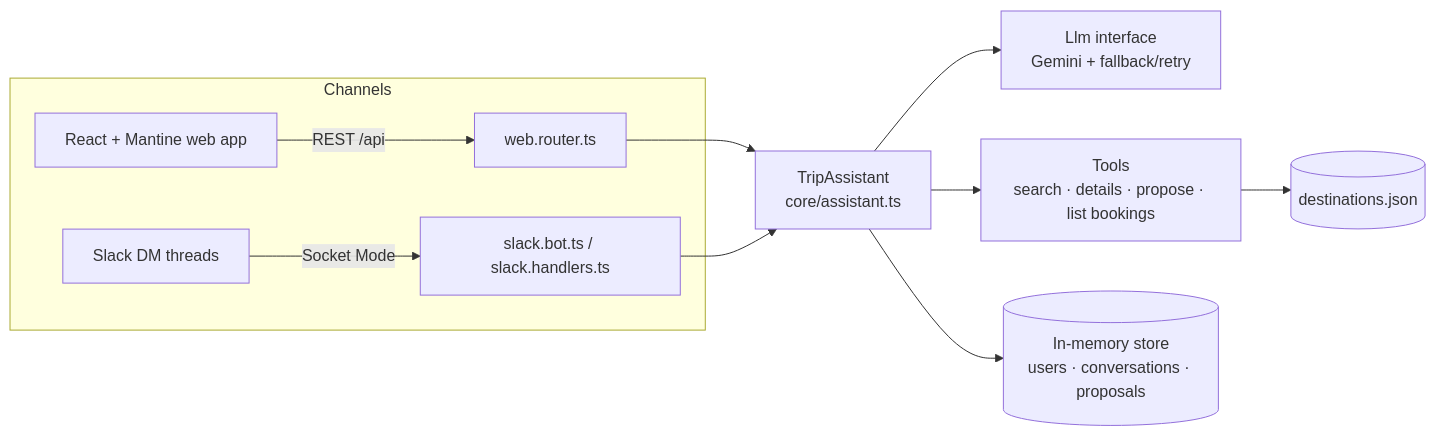
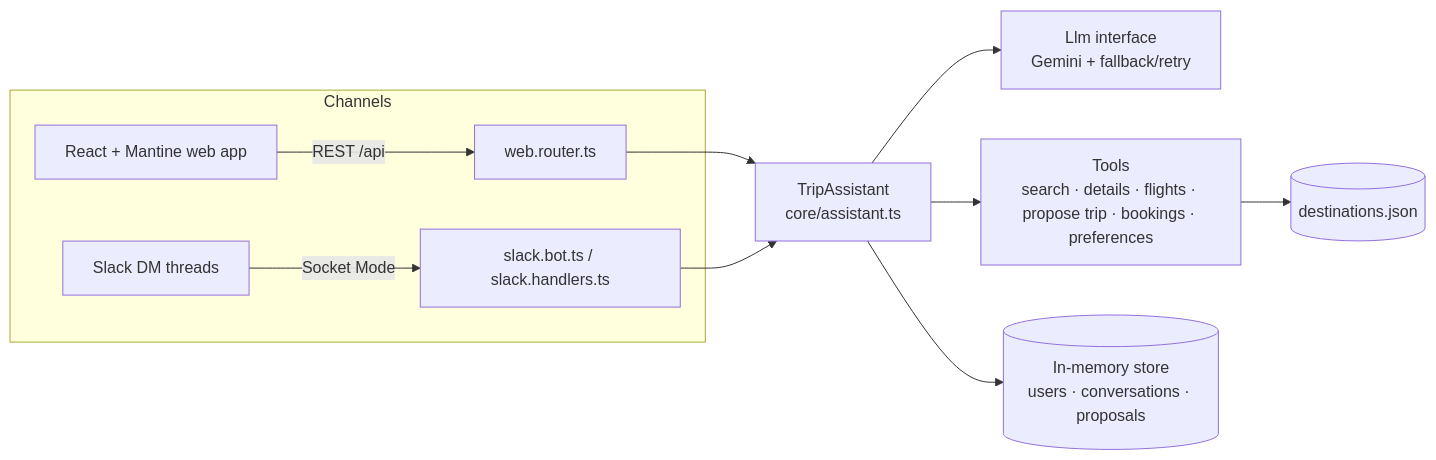
One commit to dvora-novogrodski/channels-assistant changed the diagram in README.md. Above: the diagram before and after it, drawn with Mermaid. The commit also changed other lines of this file, not shown here.

Commit message:
README: trip packages, demo wallet, preferences and quick replies

````diff
--- a/README.md
+++ b/README.md
@@ -32,13 +35,13 @@
 ```mermaid
 flowchart LR
   subgraph Channels
     W[React + Mantine web app] -->|REST /api| R[web.router.ts]
     S[Slack DM threads] -->|Socket Mode| B[slack.bot.ts / slack.handlers.ts]
   end
   R --> A[TripAssistant<br/>core/assistant.ts]
   B --> A
   A --> L[Llm interface<br/>Gemini + fallback/retry]
-  A --> T[Tools<br/>search · details · propose · list bookings]
+  A --> T[Tools<br/>search · details · flights · propose trip · bookings · preferences]
   T --> D[(destinations.json)]
   A --> M[(In-memory store<br/>users · conversations · proposals)]
 ```
````
